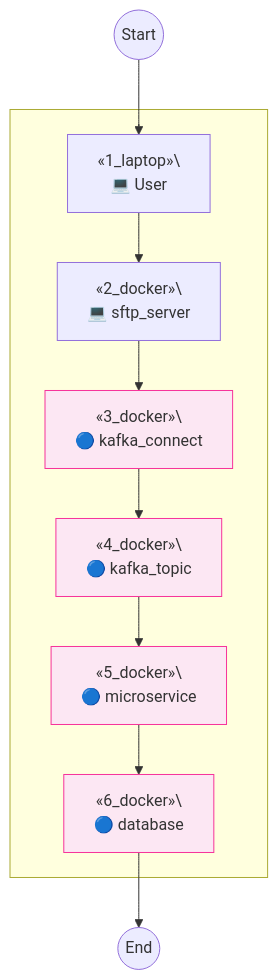
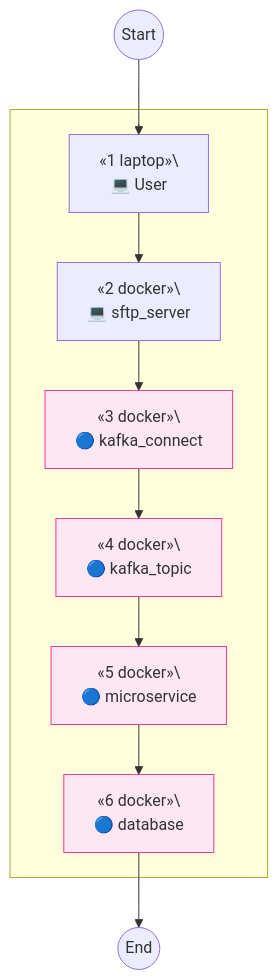
The fourth of 4 diagrams in server_sftp/README.md (TrulyDigital/DATA_STREET), drawn with Mermaid before and after one commit. The commit also changed other lines of this file, not shown here.

Commit message:
feat: server-sftp uptade

````diff
--- a/server_sftp/README.md
+++ b/server_sftp/README.md
@@ -65,28 +65,28 @@
 ```mermaid
 graph TD
     subgraph Container_A [.]
-        A[«1_laptop»\<br/> 💻 User]
-        B[«2_docker»\<br/> 💻 sftp_server]
-        C[«3_docker»\<br/> 🔵 kafka_connect]
+        A[«1 laptop»\<br/> 💻 User]
+        B[«2 docker»\<br/> 💻 sftp_server]
+        C[«3 docker»\<br/> 🔵 kafka_connect]
         C:::note_c
-        D[«4_docker»\<br/> 🔵 kafka_topic]
+        D[«4 docker»\<br/> 🔵 kafka_topic]
         D:::note_d
-        E[«5_docker»\<br/> 🔵 microservice]
+        E[«5 docker»\<br/> 🔵 microservice]
         E:::note_e
-        F[«6_docker»\<br/> 🔵 database]
+        F[«6 docker»\<br/> 🔵 database]
         F:::note_f
     end
 
     Start((Start)) --> A
     A --> B
     B --> C
     C --> D
     D --> E
     E --> F
     F --> End((End))
 
     classDef note_c fill:#fce7f3,stroke:#f6339a,stroke-width:1px;
     classDef note_d fill:#fce7f3,stroke:#f6339a,stroke-width:1px;
     classDef note_e fill:#fce7f3,stroke:#f6339a,stroke-width:1px;
     classDef note_f fill:#fce7f3,stroke:#f6339a,stroke-width:1px;
 ```
````
